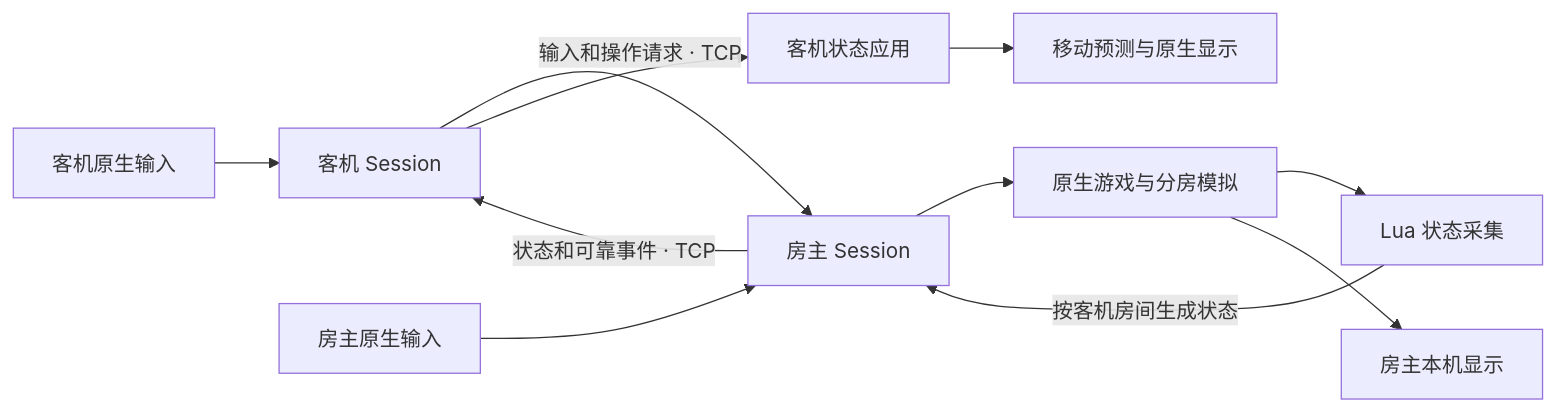
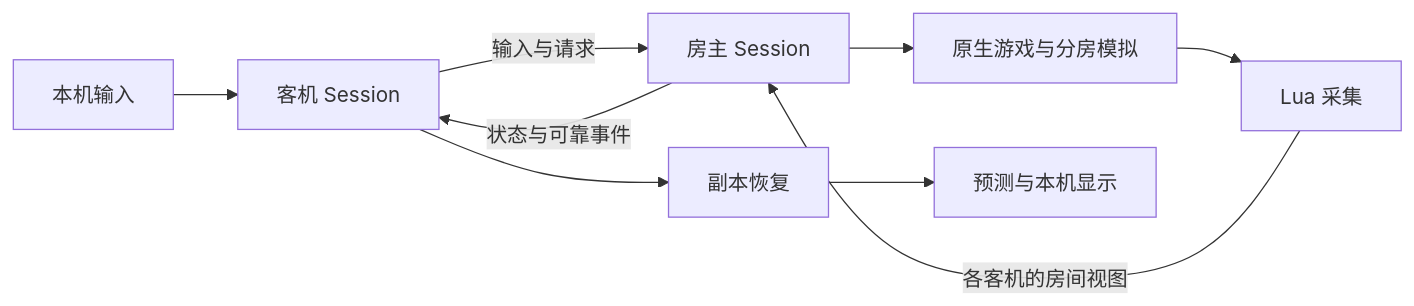
Before and after one commit to BMingSY/isaac-lan: the diagram in docs/architecture.md, drawn with Mermaid. The commit also changed other lines of this file and 45 other files, not shown here.

````diff
--- a/docs/architecture.md
+++ b/docs/architecture.md
@@ -7,13 +5,11 @@
 ```mermaid
 flowchart LR
-    CI[客机原生输入] --> CT[客机 Session]
-    CT -->|输入和操作请求 · TCP| HT[房主 Session]
-    HI[房主原生输入] --> HT
-    HT --> HR[原生游戏与分房模拟]
-    HR --> HS[Lua 状态采集]
-    HS -->|按客机房间生成状态| HT
-    HT -->|状态和可靠事件 · TCP| CT
-    CT --> CR[客机状态应用]
-    CR --> CP[移动预测与原生显示]
-    HR --> HP[房主本机显示]
+    I[本机输入] --> C[客机 Session]
+    C -->|输入与请求| H[房主 Session]
+    H --> G[原生游戏与分房模拟]
+    G --> S[Lua 采集]
+    S -->|各客机的房间视图| H
+    H -->|状态与可靠事件| C
+    C --> R[副本恢复]
+    R --> P[预测与本机显示]
 ```
````
